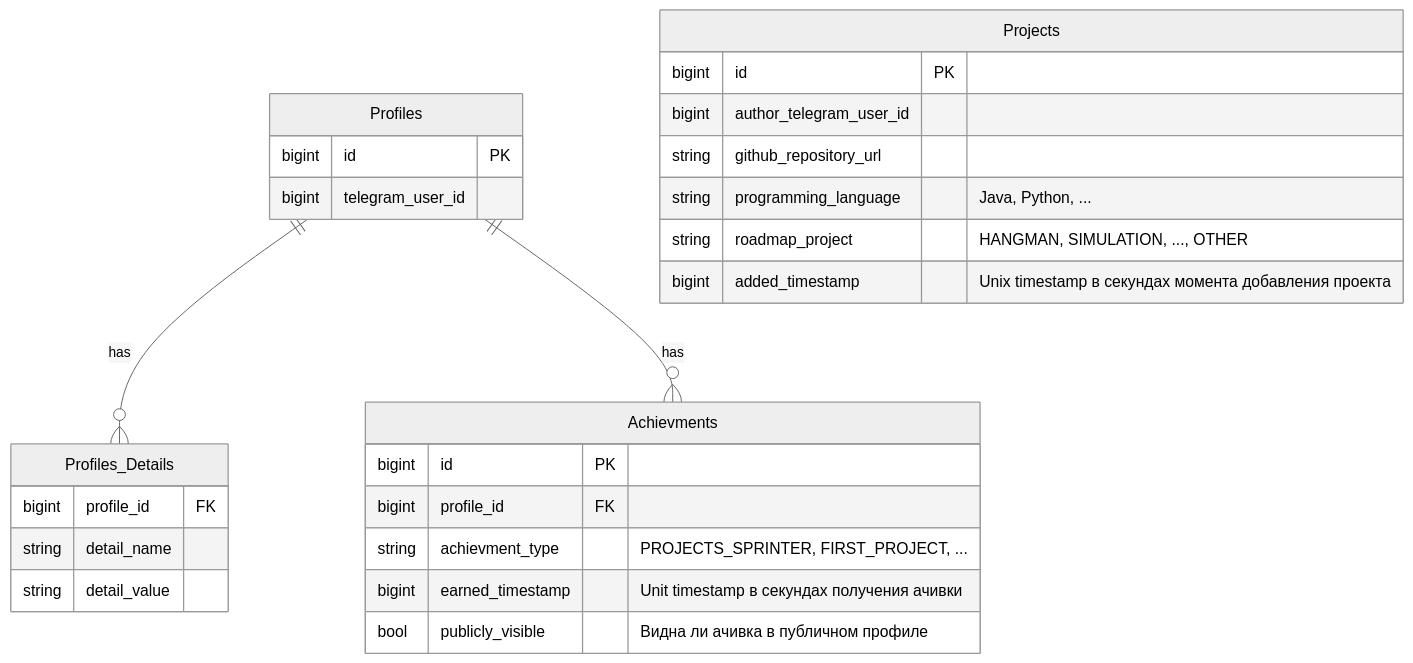
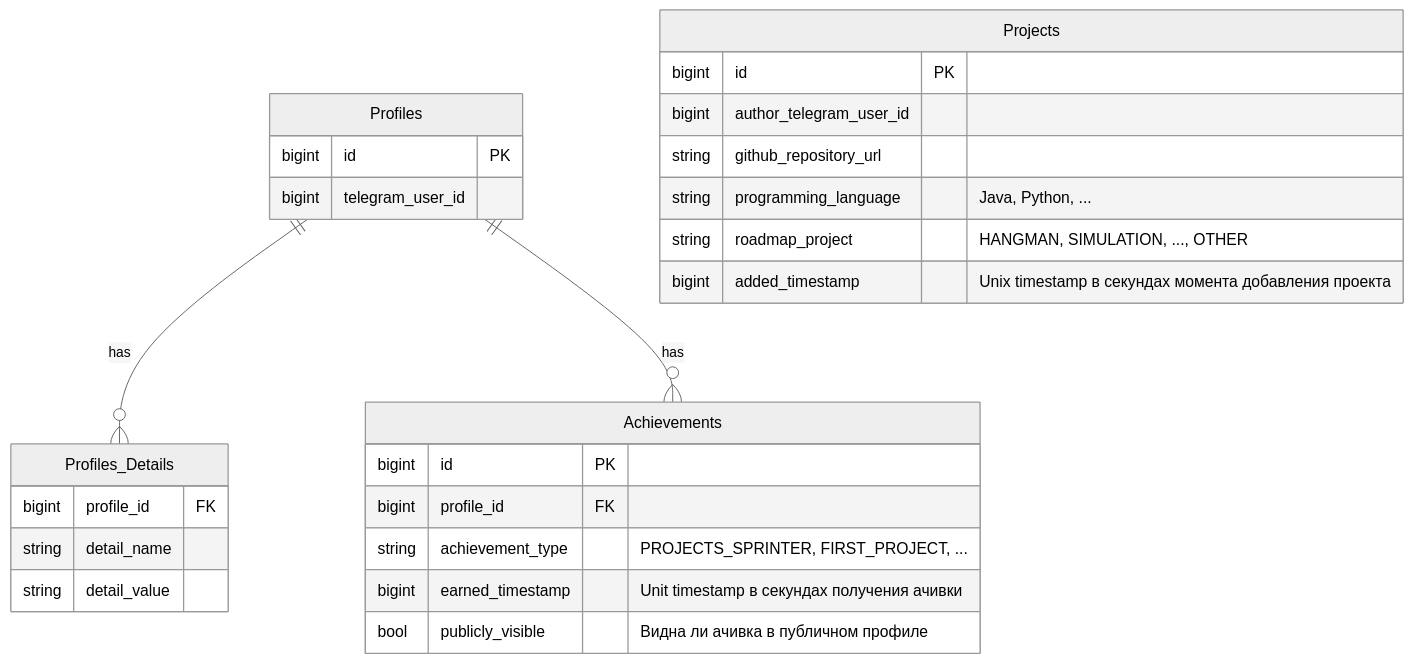
The diagram in system-analytics/services/profile-service/index.md (it-mentor-community-platform/meta), drawn with Mermaid (neutral theme) before and after one commit. The commit also changed other lines of this file, not shown here.

Commit message:
system analytics: profile service - typo fix

````diff
--- a/system-analytics/services/profile-service/index.md
+++ b/system-analytics/services/profile-service/index.md
@@ -18,34 +18,34 @@
 ```mermaid
 erDiagram
     Profiles {
         bigint id PK
         bigint telegram_user_id
     }
 
     Profiles_Details {
         bigint profile_id FK
         string detail_name
         string detail_value
     }
 
-    Achievments {
+    Achievements {
         bigint id PK
         bigint profile_id FK
-        string achievment_type "PROJECTS_SPRINTER, FIRST_PROJECT, ..."
+        string achievement_type "PROJECTS_SPRINTER, FIRST_PROJECT, ..."
         bigint earned_timestamp "Unit timestamp в секундах получения ачивки"
         bool publicly_visible "Видна ли ачивка в публичном профиле"
     }
 
     Projects {
         bigint id PK
         bigint author_telegram_user_id
         string github_repository_url
         string programming_language "Java, Python, ..."
         string roadmap_project "HANGMAN, SIMULATION, ..., OTHER"
         bigint added_timestamp "Unix timestamp в секундах момента добавления проекта"
     }
 
     Profiles ||--o{ Profiles_Details : has
-    Profiles ||--o{ Achievments : has
+    Profiles ||--o{ Achievements : has
 
 ```
````
